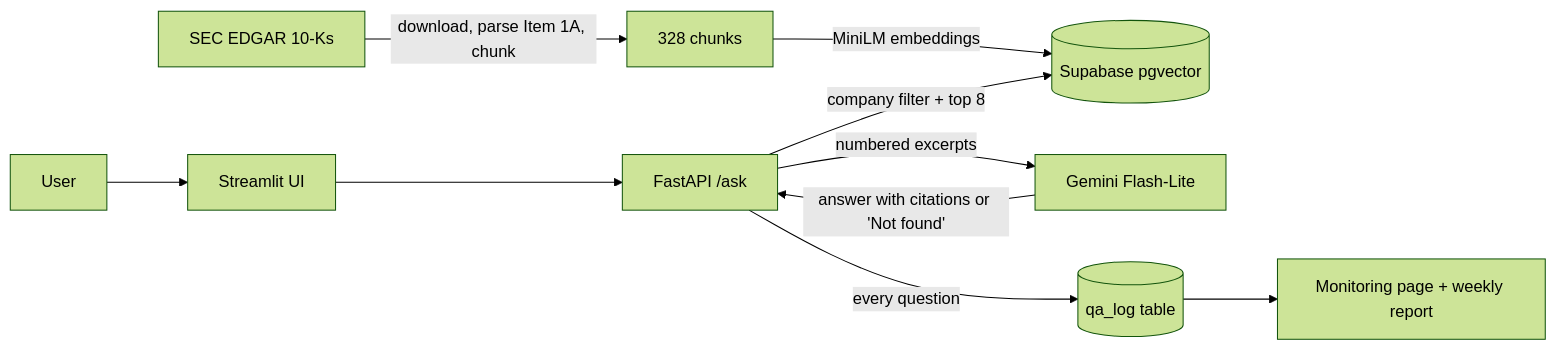
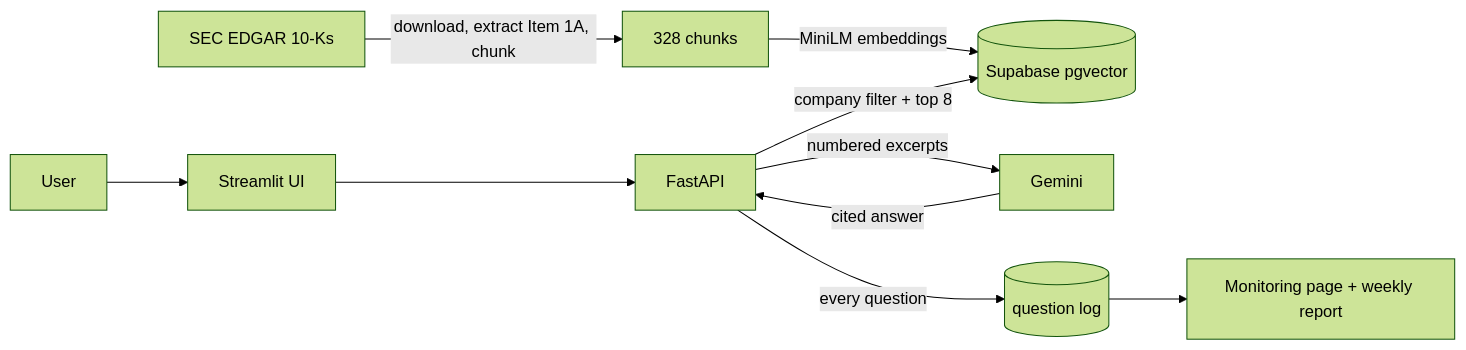
The diagram in README.md (grizz6/Filings-QA), drawn with Mermaid (forest theme) before and after one commit. The commit also changed other lines of this file and 1 other file, not shown here.

````diff
--- a/README.md
+++ b/README.md
@@ -17,10 +39,10 @@
 ```mermaid
 flowchart LR
-  SEC[SEC EDGAR 10-Ks] -->|download, parse Item 1A, chunk| CH[328 chunks]
+  SEC[SEC EDGAR 10-Ks] -->|download, extract Item 1A, chunk| CH[328 chunks]
   CH -->|MiniLM embeddings| PG[(Supabase pgvector)]
-  U[User] --> UI[Streamlit UI] --> API[FastAPI /ask]
+  U[User] --> UI[Streamlit UI] --> API[FastAPI]
   API -->|company filter + top 8| PG
-  API -->|numbered excerpts| LLM[Gemini Flash-Lite]
-  LLM -->|answer with citations or 'Not found'| API
-  API -->|every question| LOG[(qa_log table)] --> MON[Monitoring page + weekly report]
+  API -->|numbered excerpts| LLM[Gemini]
+  LLM -->|cited answer| API
+  API -->|every question| LOG[(question log)] --> MON[Monitoring page + weekly report]
 ```
````
